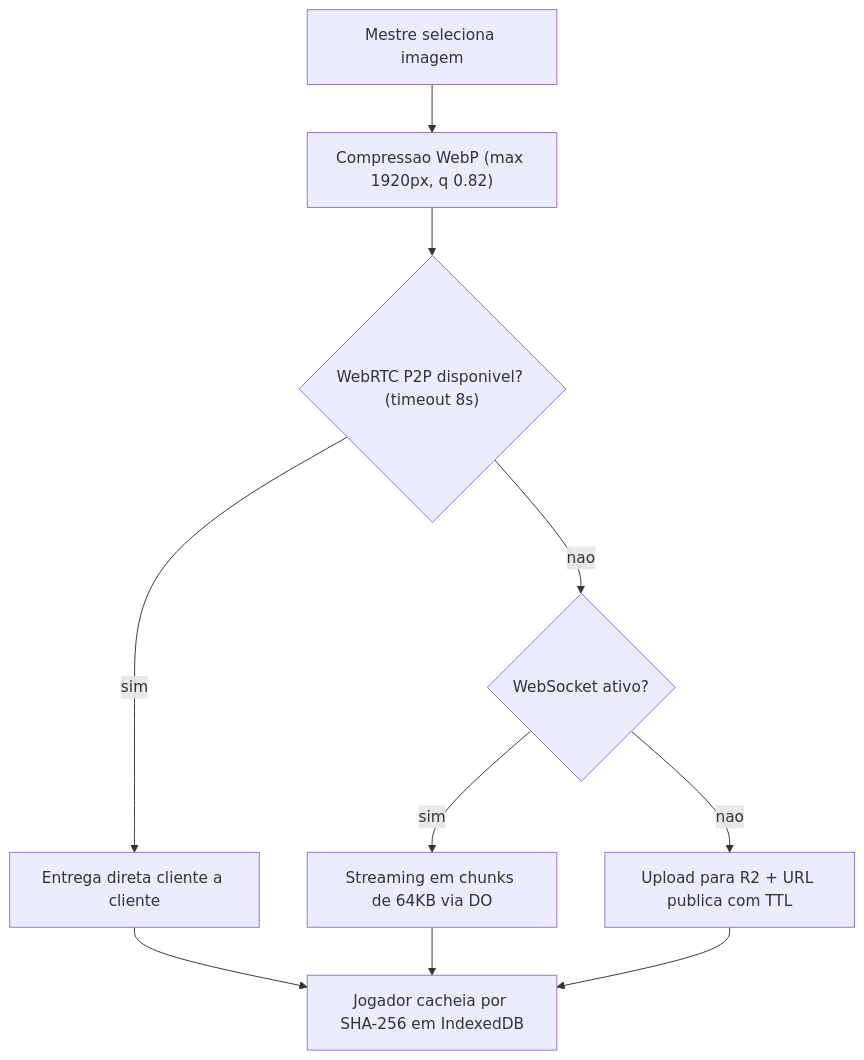
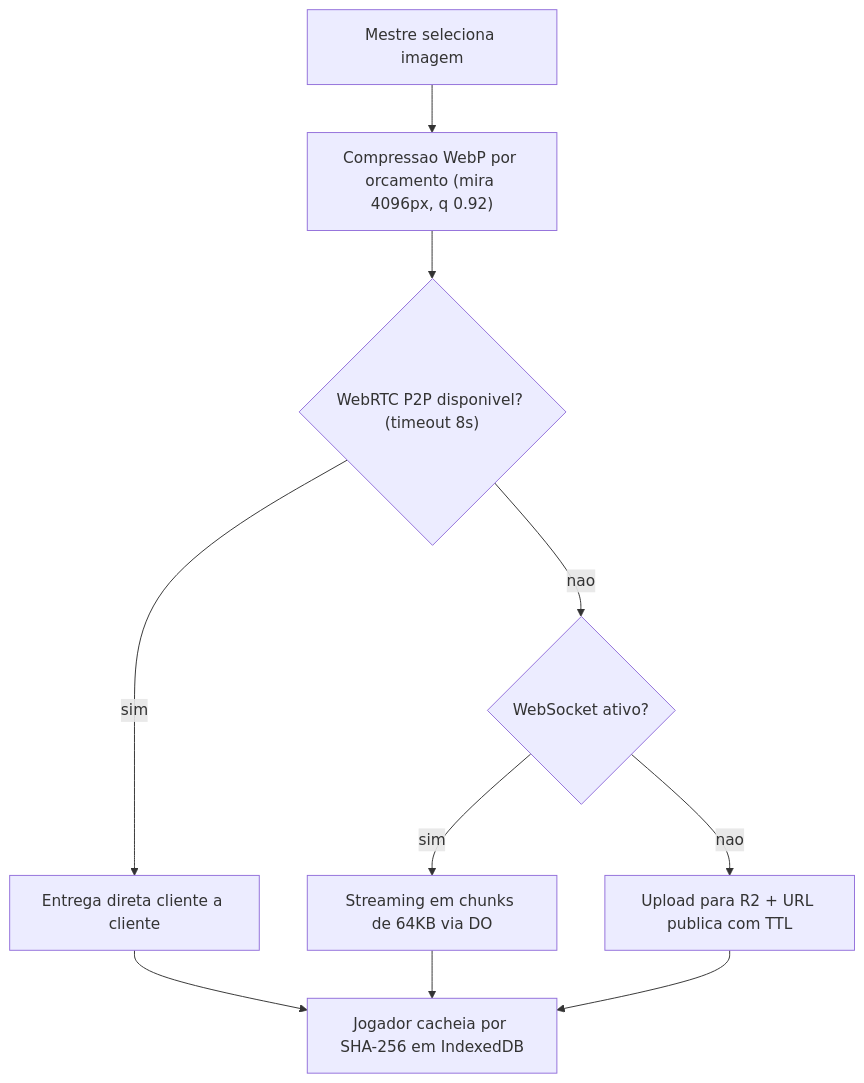
Before and after one commit to TiagoPsm/armagedon-rpg: the fourth of 8 diagrams in docs/COMPARATIVO-ROLL20.md, drawn with Mermaid. The commit also changed other lines of this file and 1 other file, not shown here.

````diff
--- a/docs/COMPARATIVO-ROLL20.md
+++ b/docs/COMPARATIVO-ROLL20.md
@@ -337,12 +342,12 @@
 ```mermaid
 flowchart TD
-    U["Mestre seleciona imagem"] --> C["Compressao WebP (max 1920px, q 0.82)"]
+    U["Mestre seleciona imagem"] --> C["Compressao WebP por orcamento (mira 4096px, q 0.92)"]
     C --> P{"WebRTC P2P disponivel? (timeout 8s)"}
     P -->|"sim"| P2P["Entrega direta cliente a cliente"]
     P -->|"nao"| WS{"WebSocket ativo?"}
     WS -->|"sim"| CH["Streaming em chunks de 64KB via DO"]
     WS -->|"nao"| R2["Upload para R2 + URL publica com TTL"]
     P2P --> OK["Jogador cacheia por SHA-256 em IndexedDB"]
     CH --> OK
     R2 --> OK
 ```
````
